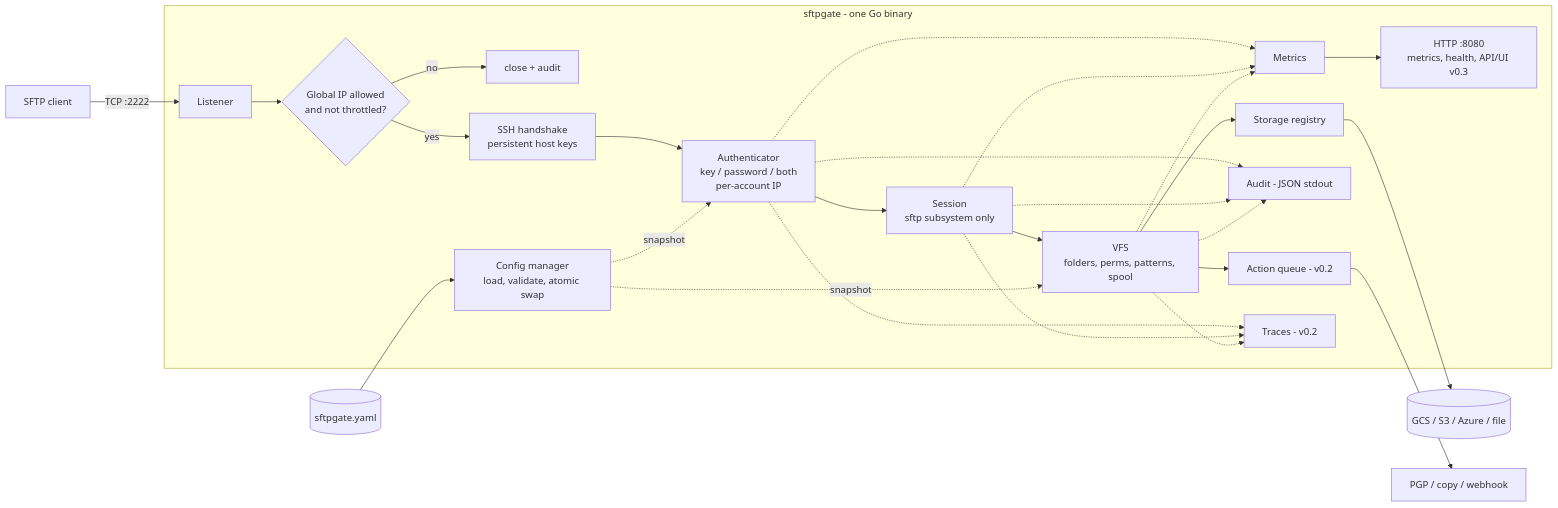
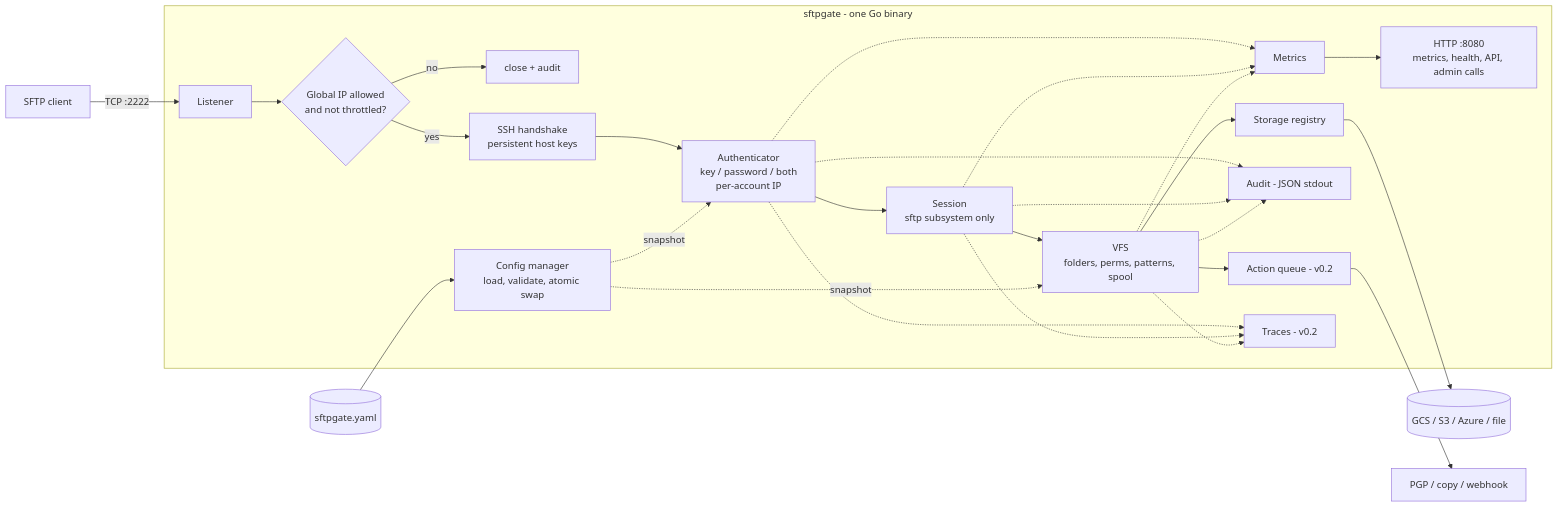
The second of 13 diagrams in docs/HLD.md (shashankpatil-dev/sftpgate), drawn with Mermaid before and after one commit. The commit also changed other lines of this file and 40 other files, not shown here.

First line of the commit message:
Remove the HTML UI; add run-transfer and retry-actions admin calls, off by default

````diff
--- a/docs/HLD.md
+++ b/docs/HLD.md
@@ -42,30 +42,30 @@
 ```mermaid
 flowchart LR
   C["SFTP client"] -->|"TCP :2222"| L
 
   subgraph GW["sftpgate - one Go binary"]
     L["Listener"] --> IPF{"Global IP allowed<br/>and not throttled?"}
     IPF -->|no| X["close + audit"]
     IPF -->|yes| HS["SSH handshake<br/>persistent host keys"]
     HS --> AU["Authenticator<br/>key / password / both<br/>per-account IP"]
     AU --> SE["Session<br/>sftp subsystem only"]
     SE --> VFS["VFS<br/>folders, perms, patterns, spool"]
     VFS --> ST["Storage registry"]
     VFS --> AQ["Action queue - v0.2"]
     CM["Config manager<br/>load, validate, atomic swap"]
     AUD["Audit - JSON stdout"]
     MET["Metrics"]
     TR["Traces - v0.2"]
-    WEB["HTTP :8080<br/>metrics, health, API/UI v0.3"]
+    WEB["HTTP :8080<br/>metrics, health, API, admin calls"]
   end
 
   CFG[("sftpgate.yaml")] --> CM
   CM -. "snapshot" .-> AU
   CM -. "snapshot" .-> VFS
   ST --> B[("GCS / S3 / Azure / file")]
   AQ --> EXT["PGP / copy / webhook"]
   AU & SE & VFS -.-> AUD
   AU & SE & VFS -.-> MET
   AU & SE & VFS -.-> TR
   MET --> WEB
 ```
````
